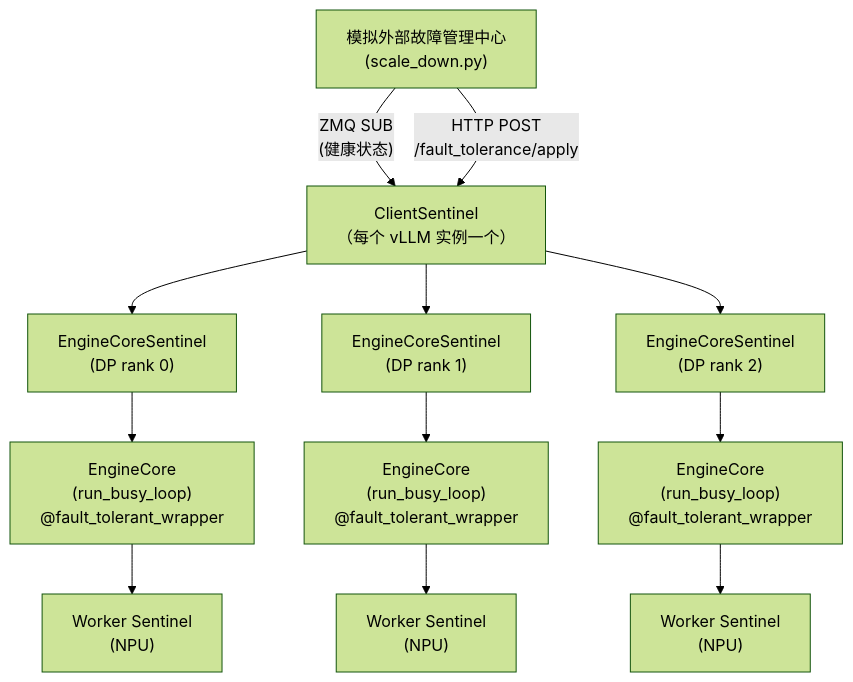
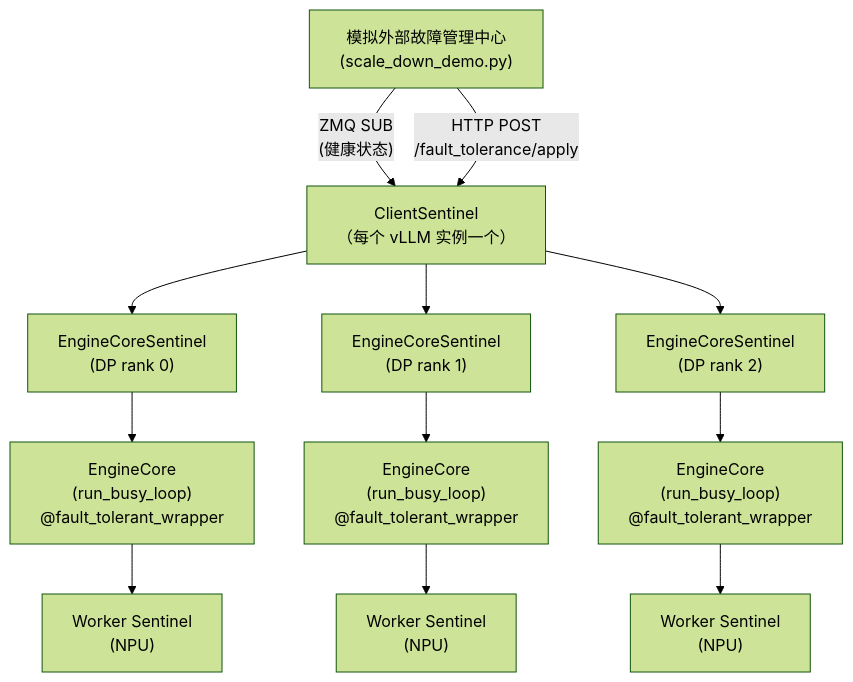
One commit to Computing-Availability-Tools/CATHelper changed the first of 3 diagrams in elastic-ep/vllm/DESIGN.md. Above: the diagram before and after it, drawn with Mermaid (forest theme). The commit also changed other lines of this file and 6 other files, not shown here.

First line of the commit message:
fix: scale_down_demo.py ZMQ解析修复、字典映射、文件重命名

````diff
--- a/elastic-ep/vllm/DESIGN.md
+++ b/elastic-ep/vllm/DESIGN.md
@@ -12,21 +12,21 @@
 ```mermaid
 graph TD
-    Monitor["模拟外部故障管理中心<br/>(scale_down.py)"]
+    Monitor["模拟外部故障管理中心<br/>(scale_down_demo.py)"]
 
     Monitor -->|"ZMQ SUB<br/>(健康状态)"| Client
     Monitor -->|"HTTP POST<br/>/fault_tolerance/apply"| Client
 
     Client["ClientSentinel<br/>（每个 vLLM 实例一个）"]
 
     Client --> ECS0["EngineCoreSentinel<br/>(DP rank 0)"]
     Client --> ECS1["EngineCoreSentinel<br/>(DP rank 1)"]
     Client --> ECS2["EngineCoreSentinel<br/>(DP rank 2)"]
 
     ECS0 --> EC0["EngineCore<br/>(run_busy_loop)<br/>@fault_tolerant_wrapper"]
     ECS1 --> EC1["EngineCore<br/>(run_busy_loop)<br/>@fault_tolerant_wrapper"]
     ECS2 --> EC2["EngineCore<br/>(run_busy_loop)<br/>@fault_tolerant_wrapper"]
 
     EC0 --> W0["Worker Sentinel<br/>(NPU)"]
     EC1 --> W1["Worker Sentinel<br/>(NPU)"]
     EC2 --> W2["Worker Sentinel<br/>(NPU)"]
 ```
````
